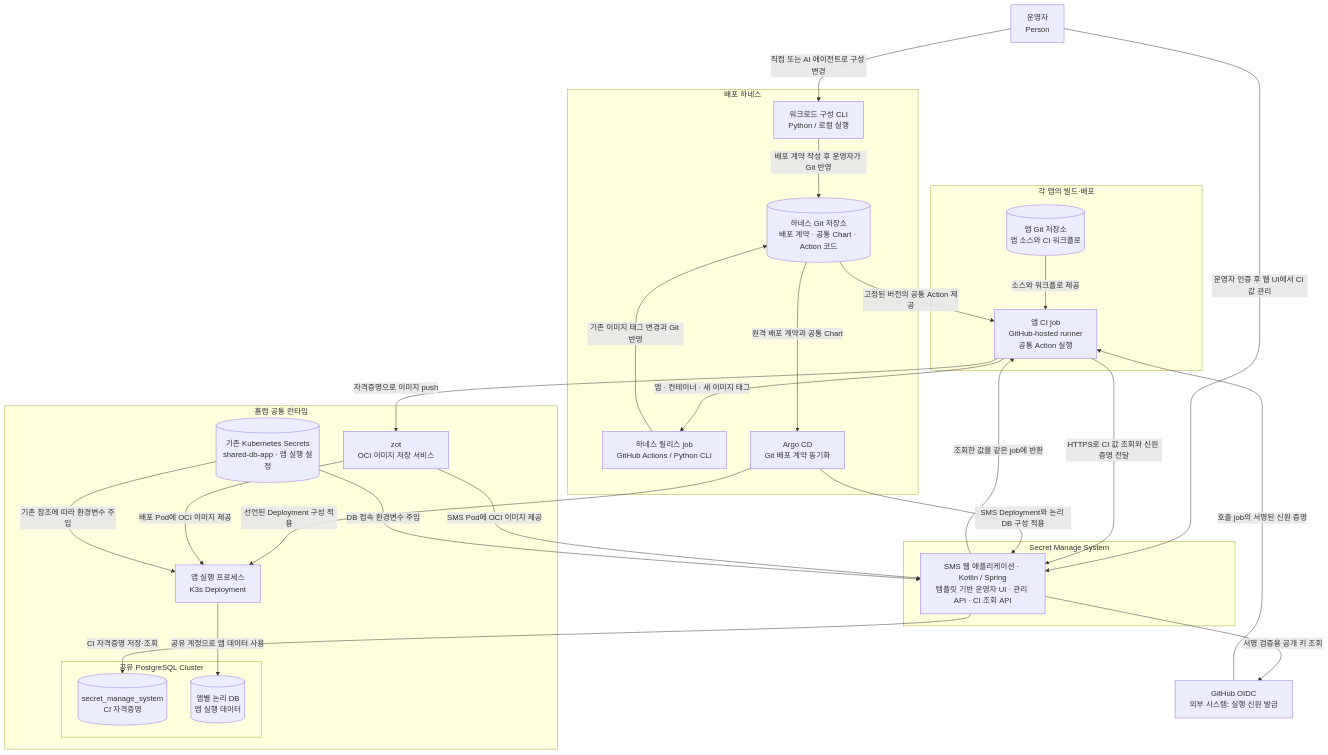
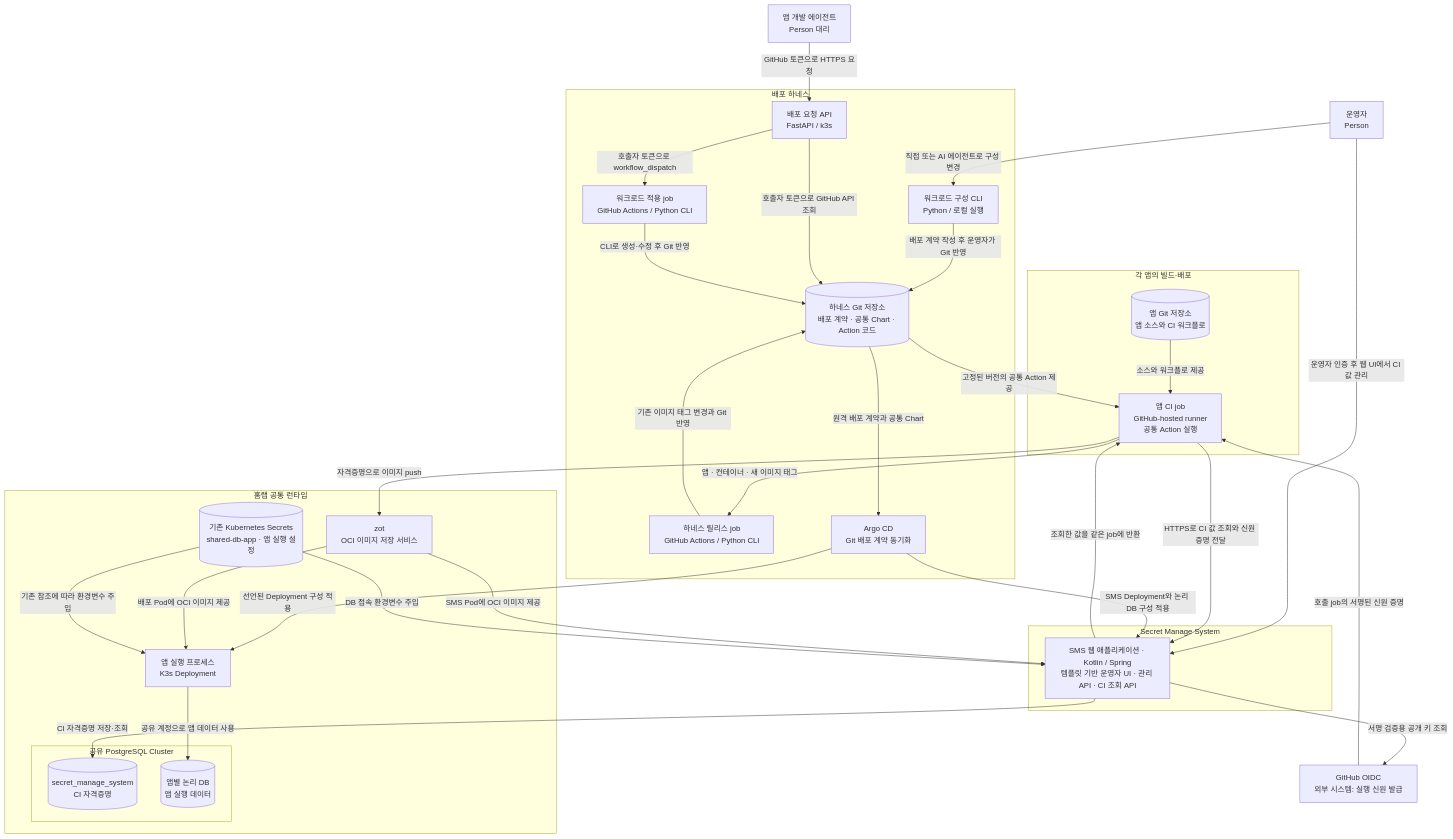
The second of 2 diagrams in SYSTEM_DESIGN.md (robinjoon-homelab/Simple-K3S-Herness), drawn with Mermaid before and after one commit. The commit also changed other lines of this file and 8 other files, not shown here.

Commit message:
docs: describe the deploy request API and apply workflow

````diff
--- a/SYSTEM_DESIGN.md
+++ b/SYSTEM_DESIGN.md
@@ -72,53 +74,60 @@
 ```mermaid
 flowchart TB
     operator["운영자<br/>Person"]
+    agent["앱 개발 에이전트<br/>Person 대리"]
     oidc["GitHub OIDC<br/>외부 시스템: 실행 신원 발급"]
 
     subgraph appDelivery["각 앱의 빌드·배포"]
         appRepo[("앱 Git 저장소<br/>앱 소스와 CI 워크플로")]
         appCI["앱 CI job<br/>GitHub-hosted runner<br/>공통 Action 실행"]
     end
 
     subgraph harnessBoundary["배포 하네스"]
         harnessGit[("하네스 Git 저장소<br/>배포 계약 · 공통 Chart · Action 코드")]
         configCLI["워크로드 구성 CLI<br/>Python / 로컬 실행"]
         release["하네스 릴리스 job<br/>GitHub Actions / Python CLI"]
+        deployApi["배포 요청 API<br/>FastAPI / k3s"]
+        applyJob["워크로드 적용 job<br/>GitHub Actions / Python CLI"]
         argo["Argo CD<br/>Git 배포 계약 동기화"]
     end
 
     subgraph smsBoundary["Secret Manage System"]
         sms["SMS 웹 애플리케이션 · Kotlin / Spring<br/>템플릿 기반 운영자 UI · 관리 API · CI 조회 API"]
     end
 
     subgraph homelabBoundary["홈랩 공통 런타임"]
         registry["zot<br/>OCI 이미지 저장 서비스"]
         app["앱 실행 프로세스<br/>K3s Deployment"]
         runtime[("기존 Kubernetes Secrets<br/>shared-db-app · 앱 실행 설정")]
         subgraph sharedDatabase["공유 PostgreSQL Cluster"]
             smsDB[("secret_manage_system<br/>CI 자격증명")]
             appDBs[("앱별 논리 DB<br/>앱 실행 데이터")]
         end
     end
 
     operator -->|"직접 또는 AI 에이전트로 구성 변경"| configCLI
     configCLI -->|"배포 계약 작성 후 운영자가 Git 반영"| harnessGit
+    agent -->|"GitHub 토큰으로 HTTPS 요청"| deployApi
+    deployApi -->|"호출자 토큰으로 GitHub API 조회"| harnessGit
+    deployApi -->|"호출자 토큰으로 workflow_dispatch"| applyJob
+    applyJob -->|"CLI로 생성·수정 후 Git 반영"| harnessGit
     operator -->|"운영자 인증 후 웹 UI에서 CI 값 관리"| sms
     appRepo -->|"소스와 워크플로 제공"| appCI
     harnessGit -->|"고정된 버전의 공통 Action 제공"| appCI
     oidc -->|"호출 job의 서명된 신원 증명"| appCI
     appCI -->|"HTTPS로 CI 값 조회와 신원 증명 전달"| sms
     sms -->|"서명 검증용 공개 키 조회"| oidc
     sms -->|"CI 자격증명 저장·조회"| smsDB
     sms -->|"조회한 값을 같은 job에 반환"| appCI
     appCI -->|"자격증명으로 이미지 push"| registry
     appCI -->|"앱 · 컨테이너 · 새 이미지 태그"| release
     release -->|"기존 이미지 태그 변경과 Git 반영"| harnessGit
     harnessGit -->|"원격 배포 계약과 공통 Chart"| argo
     argo -->|"선언된 Deployment 구성 적용"| app
     argo -->|"SMS Deployment와 논리 DB 구성 적용"| sms
     registry -->|"배포 Pod에 OCI 이미지 제공"| app
     registry -->|"SMS Pod에 OCI 이미지 제공"| sms
     runtime -->|"기존 참조에 따라 환경변수 주입"| app
     runtime -->|"DB 접속 환경변수 주입"| sms
     app -->|"공유 계정으로 앱 데이터 사용"| appDBs
 ```
````
